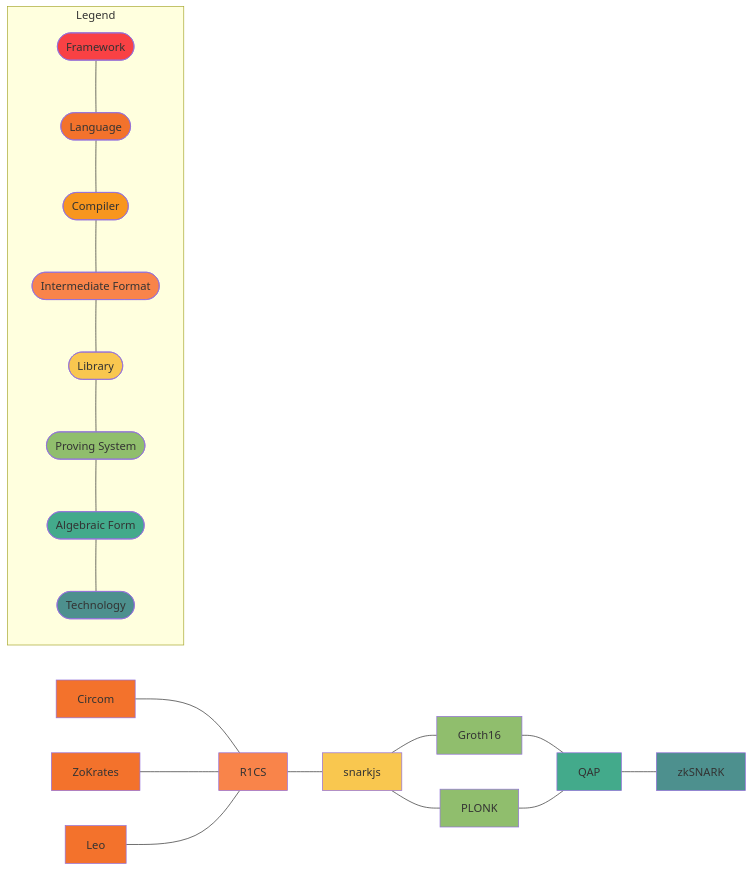
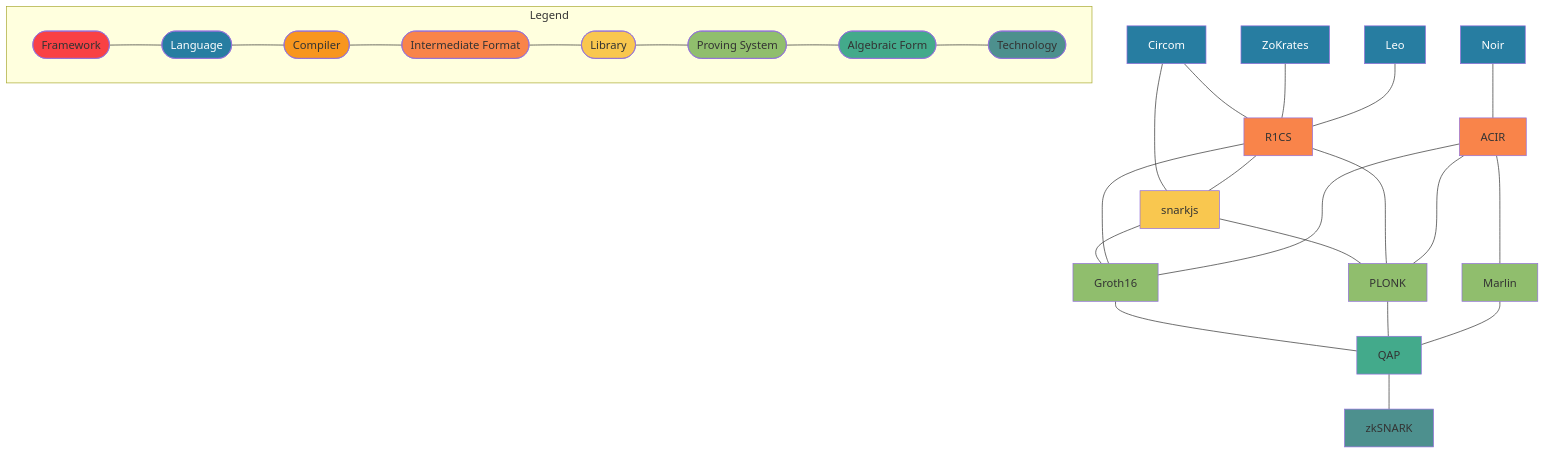
Before and after one commit to alxkzmn/zk-atlas: the diagram in README.md, drawn with Mermaid.

Commit message:
Add Noir

````diff
--- a/README.md
+++ b/README.md
@@ -1,42 +1,49 @@
 ```mermaid
-graph LR
+graph TD
     Circom[Circom] --- R1CS[R1CS]
+    Noir[Noir] --- ACIR[ACIR]
     Zokrates[ZoKrates] --- R1CS
     Leo[Leo] --- R1CS
-    R1CS --- snarkjs[snarkjs]
     snarkjs --- PLONK[PLONK]
     snarkjs --- Groth16[Groth16]
+    Circom --- snarkjs
+    R1CS --- snarkjs
+    R1CS --- PLONK
+    R1CS --- Groth16
     Groth16 --- QAP[QAP]
     PLONK --- QAP
+    ACIR ---- Marlin
+    ACIR ---- PLONK
+    ACIR ---- Groth16
+    Marlin[Marlin] --- QAP
     QAP --- zkSNARK[zkSNARK]
     
     subgraph Legend
       Framework([Framework])---Lang([Language])---Compiler([Compiler])---Intermediate([Intermediate Format])---Library([Library])---ProvingSystem([Proving System])---AlgebraicForm([Algebraic Form])---Tech([Technology])
     end
     
-    classDef green fill:#9f6,stroke:#333,stroke-width:2px;
-    classDef orange fill:#f96,stroke:#333,stroke-width:4px;
     classDef framework fill:#f94144
-    classDef lang fill:#f3722c
+    classDef lang fill:#277da1,color:#fff
     classDef compiler fill:#f8961e
     classDef intermediate fill:#f9844a
     classDef lib fill:#f9c74f
     classDef provingSystem fill:#90be6d
     classDef algForm fill:#43aa8b
     classDef tech fill:#4d908e
-    classDef color9 fill:#577590
-    classDef color10 fill:#277da1
+    classDef color9 fill:#f3722c
+    classDef color10 fill:#577590
     
     class Framework framework
-    class Lang,Circom,Zokrates,Leo lang
+    class Lang,Circom,Zokrates,Leo,Noir lang
     class Compiler compiler
-    class Intermediate,R1CS intermediate
+    class Intermediate,R1CS,ACIR intermediate
     class Library,snarkjs lib
-    class ProvingSystem,Groth16,PLONK provingSystem
+    class ProvingSystem,Groth16,PLONK,Marlin provingSystem
     class AlgebraicForm,QAP algForm
     class Tech,zkSNARK tech
     
     click Circom href "https://docs.circom.io/"
     click Zokrates href "https://zokrates.github.io/"
     click Leo href "https://leo-lang.org/"
+    click Noir href "https://docs.aztec.network/developers/noir"
 ```
````
